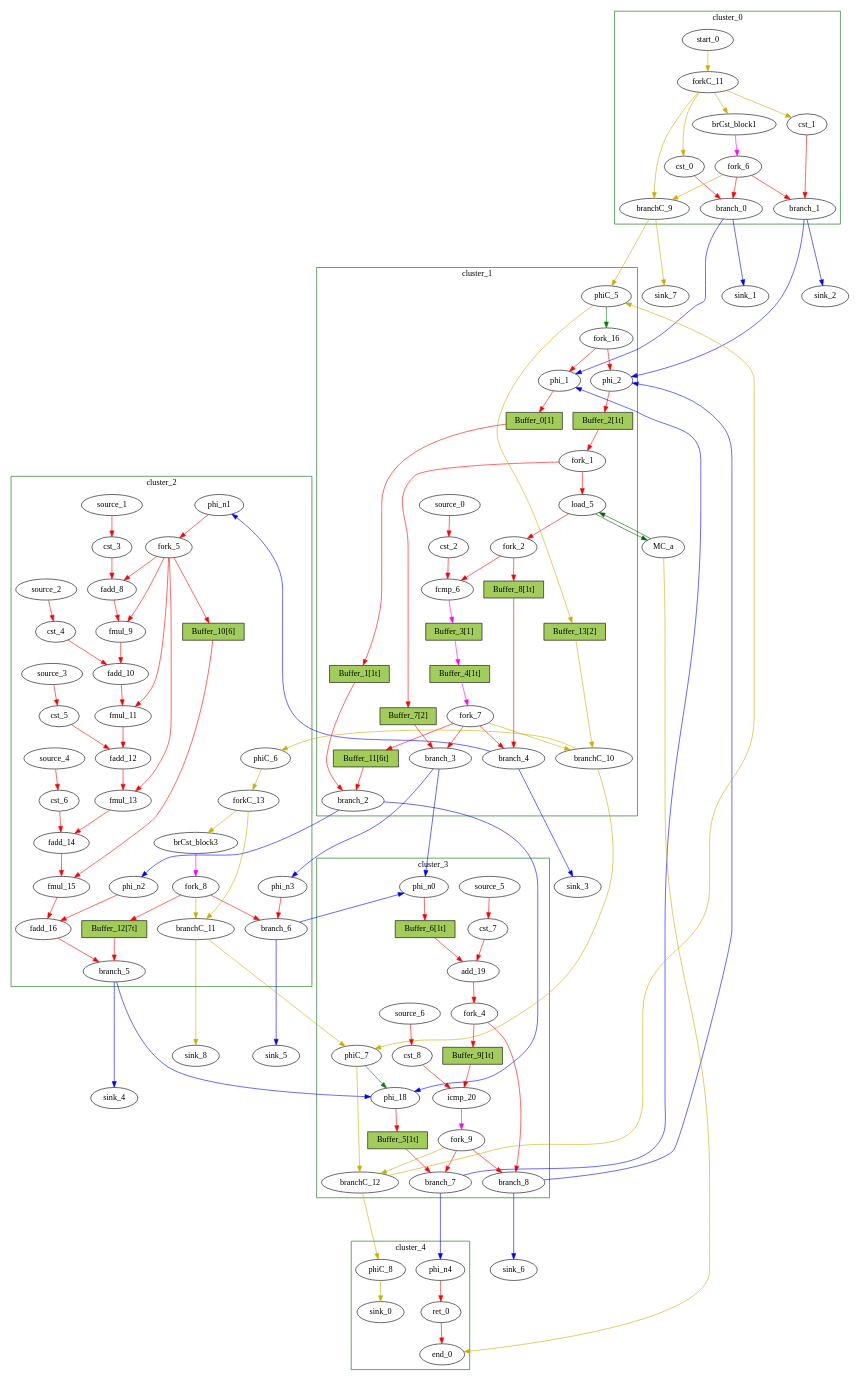
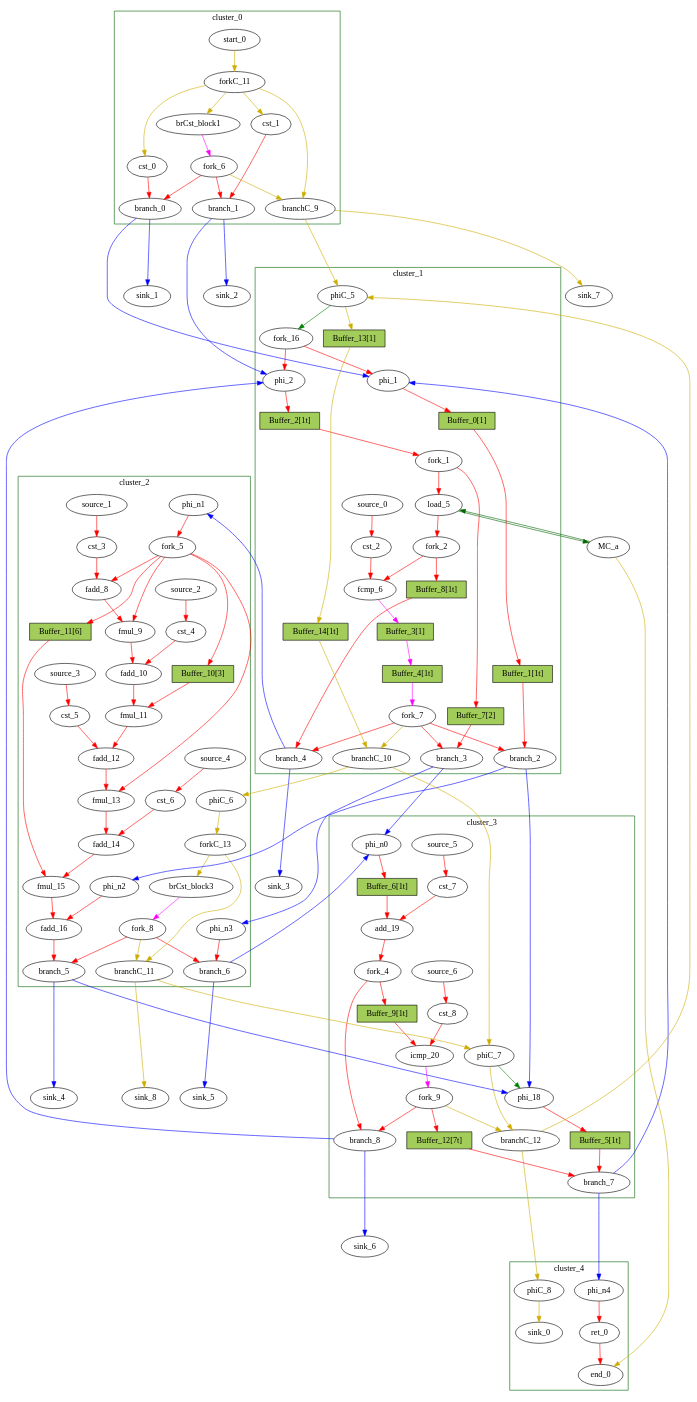
Before and after one commit to Nozidoali/MapBuf: the diagram in RegressionTest/BestResults/gsum/gsum_milp.dot, drawn with Graphviz. The commit also changed 11 other files, not shown here.

```diff
--- a/RegressionTest/BestResults/gsum/gsum_milp.dot
+++ b/RegressionTest/BestResults/gsum/gsum_milp.dot
@@ -1,5 +1,27 @@
 Digraph G {
 	splines=spline;
+	subgraph cluster_cluster_3 {
+	color = "darkgreen";
+label = "cluster_3";
+		"phi_18" [type="Mux", in="in1?:1 in2:32 in3:32 ", out="out1:32", bbID=4, delay=1.397];
+		"cst_7" [type="Constant", in="in1:1", out="out1:1", bbID=4, value="0x00000001"];
+		"add_19" [type="Operator", in="in1:10 in2:10 ", out="out1:10 ", bbID=4, II=1, delay=2.287, latency=0, op="add_op"];
+		"cst_8" [type="Constant", in="in1:10", out="out1:10", bbID=4, value="0x000003E8"];
+		"icmp_20" [type="Operator", in="in1:10 in2:10 ", out="out1:1 ", bbID=4, II=1, delay=1.907, latency=0, op="icmp_ult_op"];
+		"phi_n0" [type="Merge", in="in1:10 in2:10 ", out="out1:10", bbID=4, delay=1.397];
+		"fork_4" [type="Fork", in="in1:10", out="out1:10 out2:10 ", bbID=4];
+		"branch_7" [type="Branch", in="in1:32 in2?:1", out="out1+:32 out2-:32", bbID=4];
+		"branch_8" [type="Branch", in="in1:10 in2?:1", out="out1+:10 out2-:10", bbID=4];
+		"fork_9" [type="Fork", in="in1:1", out="out1:1 out2:1 out3:1 ", bbID=4];
+		"phiC_7" [type="CntrlMerge", in="in1:0 in2:0 ", out="out1:0 out2?:1", bbID=4, delay=0.0];
+		"branchC_12" [type="Branch", in="in1:0 in2?:1", out="out1+:0 out2-:0", bbID=4];
+		"source_5" [type="Source", out="out1:1", bbID=4];
+		"source_6" [type="Source", out="out1:10", bbID=4];
+		"Buffer_5" [type="Buffer", in="in1:32", out="out1:32", bbID=3, fillcolor="darkolivegreen3", height=0.4, label="Buffer_5[1t]", shape="box", slots=1, style="filled", transparent="true"];
+		"Buffer_6" [type="Buffer", in="in1:32", out="out1:32", bbID=3, fillcolor="darkolivegreen3", height=0.4, label="Buffer_6[1t]", shape="box", slots=1, style="filled", transparent="true"];
+		"Buffer_9" [type="Buffer", in="in1:32", out="out1:32", bbID=3, fillcolor="darkolivegreen3", height=0.4, label="Buffer_9[1t]", shape="box", slots=1, style="filled", transparent="true"];
+		"Buffer_12" [type="Buffer", in="in1:32", out="out1:32", bbID=3, fillcolor="darkolivegreen3", height=0.4, label="Buffer_12[7t]", shape="box", slots=7, style="filled", transparent="true"];
+	}
 	subgraph cluster_cluster_2 {
 	color = "darkgreen";
 label = "cluster_2";
@@ -31,8 +53,8 @@
 		"source_2" [type="Source", out="out1:32", bbID=3];
 		"source_3" [type="Source", out="out1:32", bbID=3];
 		"source_4" [type="Source", out="out1:32", bbID=3];
-		"Buffer_10" [type="Buffer", in="in1:32", out="out1:32", bbID=3, fillcolor="darkolivegreen3", height=0.4, label="Buffer_10[6]", shape="box", slots=6, style="filled", transparent="false"];
-		"Buffer_12" [type="Buffer", in="in1:32", out="out1:32", bbID=3, fillcolor="darkolivegreen3", height=0.4, label="Buffer_12[7t]", shape="box", slots=7, style="filled", transparent="true"];
+		"Buffer_10" [type="Buffer", in="in1:32", out="out1:32", bbID=3, fillcolor="darkolivegreen3", height=0.4, label="Buffer_10[3]", shape="box", slots=3, style="filled", transparent="false"];
+		"Buffer_11" [type="Buffer", in="in1:32", out="out1:32", bbID=3, fillcolor="darkolivegreen3", height=0.4, label="Buffer_11[6]", shape="box", slots=6, style="filled", transparent="false"];
 	}
 	subgraph cluster_cluster_1 {
 	color = "darkgreen";
@@ -59,8 +81,8 @@
 		"Buffer_4" [type="Buffer", in="in1:32", out="out1:32", bbID=3, fillcolor="darkolivegreen3", height=0.4, label="Buffer_4[1t]", shape="box", slots=1, style="filled", transparent="true"];
 		"Buffer_7" [type="Buffer", in="in1:32", out="out1:32", bbID=3, fillcolor="darkolivegreen3", height=0.4, label="Buffer_7[2]", shape="box", slots=2, style="filled", transparent="false"];
 		"Buffer_8" [type="Buffer", in="in1:32", out="out1:32", bbID=3, fillcolor="darkolivegreen3", height=0.4, label="Buffer_8[1t]", shape="box", slots=1, style="filled", transparent="true"];
-		"Buffer_11" [type="Buffer", in="in1:32", out="out1:32", bbID=3, fillcolor="darkolivegreen3", height=0.4, label="Buffer_11[6t]", shape="box", slots=6, style="filled", transparent="true"];
-		"Buffer_13" [type="Buffer", in="in1:32", out="out1:32", bbID=3, fillcolor="darkolivegreen3", height=0.4, label="Buffer_13[2]", shape="box", slots=2, style="filled", transparent="false"];
+		"Buffer_13" [type="Buffer", in="in1:32", out="out1:32", bbID=3, fillcolor="darkolivegreen3", height=0.4, label="Buffer_13[1]", shape="box", slots=1, style="filled", transparent="false"];
+		"Buffer_14" [type="Buffer", in="in1:32", out="out1:32", bbID=3, fillcolor="darkolivegreen3", height=0.4, label="Buffer_14[1t]", shape="box", slots=1, style="filled", transparent="true"];
 	}
 	subgraph cluster_cluster_4 {
 	color = "darkgreen";
@@ -83,27 +105,6 @@
 		"start_0" [type="Entry", in="in1:0", out="out1:0", bbID=1, control="true"];
 		"forkC_11" [type="Fork", in="in1:0", out="out1:0 out2:0 out3:0 out4:0 ", bbID=1];
 		"branchC_9" [type="Branch", in="in1:0 in2?:1", out="out1+:0 out2-:0", bbID=1];
-	}
-	subgraph cluster_cluster_3 {
-	color = "darkgreen";
-label = "cluster_3";
-		"phi_18" [type="Mux", in="in1?:1 in2:32 in3:32 ", out="out1:32", bbID=4, delay=1.397];
-		"cst_7" [type="Constant", in="in1:1", out="out1:1", bbID=4, value="0x00000001"];
-		"add_19" [type="Operator", in="in1:10 in2:10 ", out="out1:10 ", bbID=4, II=1, delay=2.287, latency=0, op="add_op"];
-		"cst_8" [type="Constant", in="in1:10", out="out1:10", bbID=4, value="0x000003E8"];
-		"icmp_20" [type="Operator", in="in1:10 in2:10 ", out="out1:1 ", bbID=4, II=1, delay=1.907, latency=0, op="icmp_ult_op"];
-		"phi_n0" [type="Merge", in="in1:10 in2:10 ", out="out1:10", bbID=4, delay=1.397];
-		"fork_4" [type="Fork", in="in1:10", out="out1:10 out2:10 ", bbID=4];
-		"branch_7" [type="Branch", in="in1:32 in2?:1", out="out1+:32 out2-:32", bbID=4];
-		"branch_8" [type="Branch", in="in1:10 in2?:1", out="out1+:10 out2-:10", bbID=4];
-		"fork_9" [type="Fork", in="in1:1", out="out1:1 out2:1 out3:1 ", bbID=4];
-		"phiC_7" [type="CntrlMerge", in="in1:0 in2:0 ", out="out1:0 out2?:1", bbID=4, delay=0.0];
-		"branchC_12" [type="Branch", in="in1:0 in2?:1", out="out1+:0 out2-:0", bbID=4];
-		"source_5" [type="Source", out="out1:1", bbID=4];
-		"source_6" [type="Source", out="out1:10", bbID=4];
-		"Buffer_5" [type="Buffer", in="in1:32", out="out1:32", bbID=3, fillcolor="darkolivegreen3", height=0.4, label="Buffer_5[1t]", shape="box", slots=1, style="filled", transparent="true"];
-		"Buffer_6" [type="Buffer", in="in1:32", out="out1:32", bbID=3, fillcolor="darkolivegreen3", height=0.4, label="Buffer_6[1t]", shape="box", slots=1, style="filled", transparent="true"];
-		"Buffer_9" [type="Buffer", in="in1:32", out="out1:32", bbID=3, fillcolor="darkolivegreen3", height=0.4, label="Buffer_9[1t]", shape="box", slots=1, style="filled", transparent="true"];
 	}
 		"MC_a" [type="MC", in="in1:10*l0a ", out="out1:32*l0d out2:0*e ", bbID=0, bbcount=0, ldcount=1, memory="a", stcount=0];
 		"sink_1" [type="Sink", in="in1:32", bbID=0];
@@ -156,9 +157,9 @@
 		"fork_4" -> "Buffer_9" [color = "red", from = "out1", to = "in1"];
 		"fork_5" -> "fadd_8" [color = "red", from = "out1", to = "in1"];
 		"fork_5" -> "fmul_9" [color = "red", from = "out2", to = "in2"];
-		"fork_5" -> "fmul_11" [color = "red", from = "out3", to = "in2"];
 		"fork_5" -> "fmul_13" [color = "red", from = "out4", to = "in2"];
-		"fork_5" -> "Buffer_10" [color = "red", from = "out5", to = "in1"];
+		"fork_5" -> "Buffer_10" [color = "red", from = "out3", to = "in1"];
+		"fork_5" -> "Buffer_11" [color = "red", from = "out5", to = "in1"];
 		"branch_0" -> "phi_1" [color = "blue", from = "out1", to = "in2", minlen = 3];
 		"branch_0" -> "sink_1" [color = "blue", from = "out2", to = "in1", minlen = 3];
 		"branch_1" -> "phi_2" [color = "blue", from = "out1", to = "in2", minlen = 3];
@@ -172,24 +173,24 @@
 		"branch_3" -> "phi_n3" [color = "blue", from = "out2", to = "in1", minlen = 3];
 		"branch_4" -> "phi_n1" [color = "blue", from = "out2", to = "in1", minlen = 3];
 		"branch_4" -> "sink_3" [color = "blue", from = "out1", to = "in1", minlen = 3];
+		"fork_7" -> "branch_2" [color = "red", from = "out3", to = "in2"];
 		"fork_7" -> "branch_3" [color = "red", from = "out2", to = "in2"];
 		"fork_7" -> "branch_4" [color = "red", from = "out1", to = "in2"];
 		"fork_7" -> "branchC_10" [color = "gold3", from = "out4", to = "in2"];
-		"fork_7" -> "Buffer_11" [color = "red", from = "out3", to = "in1"];
 		"branch_5" -> "phi_18" [color = "blue", from = "out1", to = "in3", minlen = 3];
 		"branch_5" -> "sink_4" [color = "blue", from = "out2", to = "in1", minlen = 3];
 		"branch_6" -> "phi_n0" [color = "blue", from = "out1", to = "in2", minlen = 3];
 		"branch_6" -> "sink_5" [color = "blue", from = "out2", to = "in1", minlen = 3];
+		"fork_8" -> "branch_5" [color = "red", from = "out2", to = "in2"];
 		"fork_8" -> "branch_6" [color = "red", from = "out1", to = "in2"];
 		"fork_8" -> "branchC_11" [color = "gold3", from = "out3", to = "in2"];
-		"fork_8" -> "Buffer_12" [color = "red", from = "out2", to = "in1"];
 		"branch_7" -> "phi_1" [color = "blue", from = "out1", to = "in3", minlen = 3];
 		"branch_7" -> "phi_n4" [color = "blue", from = "out2", to = "in1", minlen = 3];
 		"branch_8" -> "phi_2" [color = "blue", from = "out1", to = "in3", minlen = 3];
 		"branch_8" -> "sink_6" [color = "blue", from = "out2", to = "in1", minlen = 3];
-		"fork_9" -> "branch_7" [color = "red", from = "out2", to = "in2"];
 		"fork_9" -> "branch_8" [color = "red", from = "out1", to = "in2"];
 		"fork_9" -> "branchC_12" [color = "gold3", from = "out3", to = "in2"];
+		"fork_9" -> "Buffer_12" [color = "red", from = "out2", to = "in1"];
 		"MC_a" -> "load_5" [color = "darkgreen", mem_address = "false", from = "out1", to = "in1"];
 		"MC_a" -> "end_0" [color = "gold3", from = "out2", to = "in1"];
 		"start_0" -> "forkC_11" [color = "gold3", from = "out1", to = "in1"];
@@ -232,8 +233,9 @@
 		"Buffer_7" -> "branch_3" [color = "red", from = "out1", to = "in1"];
 		"Buffer_8" -> "branch_4" [color = "red", from = "out1", to = "in1"];
 		"Buffer_9" -> "icmp_20" [color = "red", from = "out1", to = "in1"];
-		"Buffer_10" -> "fmul_15" [color = "red", from = "out1", to = "in2"];
-		"Buffer_11" -> "branch_2" [color = "red", from = "out1", to = "in2"];
-		"Buffer_12" -> "branch_5" [color = "red", from = "out1", to = "in2"];
-		"Buffer_13" -> "branchC_10" [color = "gold3", from = "out1", to = "in1"];
+		"Buffer_10" -> "fmul_11" [color = "red", from = "out1", to = "in2"];
+		"Buffer_11" -> "fmul_15" [color = "red", from = "out1", to = "in2"];
+		"Buffer_12" -> "branch_7" [color = "red", from = "out1", to = "in2"];
+		"Buffer_13" -> "Buffer_14" [color = "gold3", from = "out1", to = "in1"];
+		"Buffer_14" -> "branchC_10" [color = "gold3", from = "out1", to = "in1"];
 }
```
